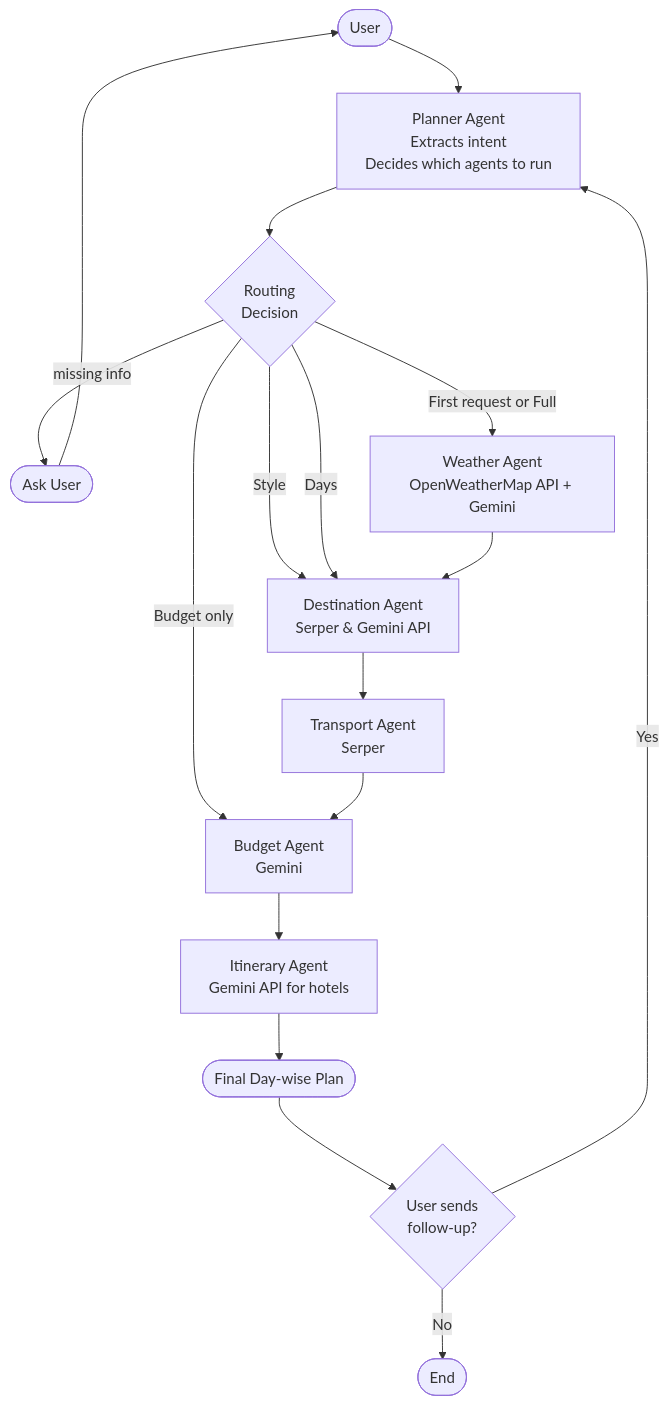
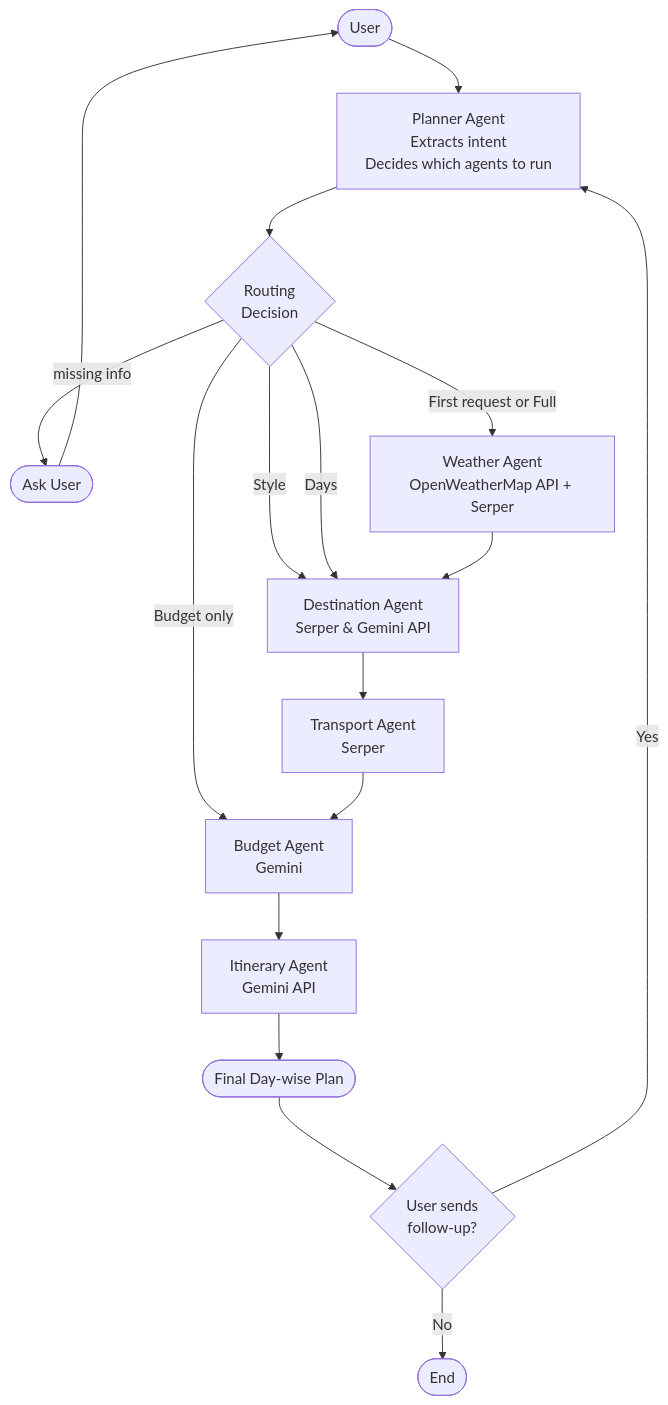
One commit to amitbhagat12/Smart_Trip_Planning_Assistant changed the diagram in README.md. Above: the diagram before and after it, drawn with Mermaid.

Commit message:
Updated code

````diff
--- a/README.md
+++ b/README.md
@@ -13,35 +13,35 @@
 ```mermaid
 
 flowchart TD
 
    U([User]) --> PL[Planner Agent<br/>Extracts intent<br/>Decides which agents to run]
 
    PL --> RD{Routing<br/>Decision}
 
    RD -->|missing info| ASK([Ask User]) --> U
 
-   RD -->|First request or Full| W[Weather Agent<br/>OpenWeatherMap API + Gemini]
+   RD -->|First request or Full| W[Weather Agent<br/>OpenWeatherMap API + Serper]
 
    RD -->|Style| D
 
    RD -->|Days| D
 
    RD -->|Budget only| B
 
    W --> D[Destination Agent<br/>Serper & Gemini API]
 
    D --> T[Transport Agent<br/>Serper]
 
    T --> B[Budget Agent<br/>Gemini]
 
-   B --> I[Itinerary Agent<br/>Gemini API for hotels]
+   B --> I[Itinerary Agent<br/>Gemini API ]
 
    I --> OUT([Final Day-wise Plan])
 
    OUT --> FU{User sends<br/>follow-up?}
 
    FU -->|No| END([End])
 
    FU -->|Yes| PL
 
 ```
````
